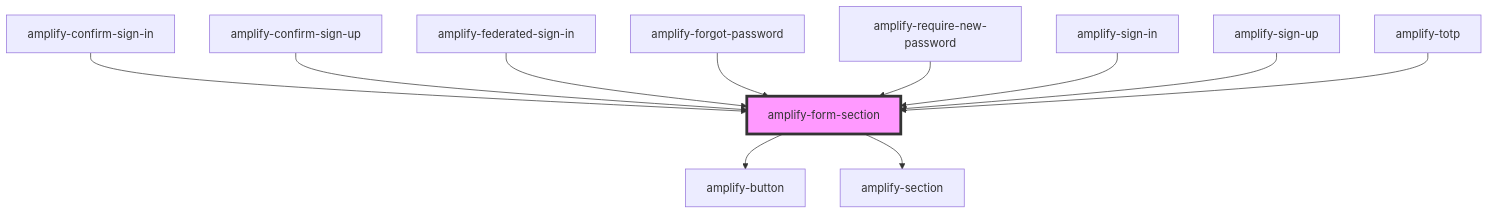
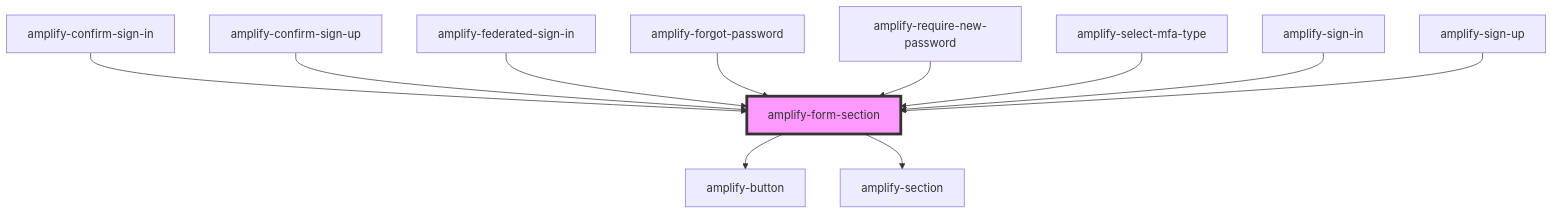
One commit to aws-amplify/amplify-js changed the diagram in packages/amplify-ui-components/src/components/amplify-form-section/readme.md. Above: the diagram before and after it, drawn with Mermaid. The commit also changed other lines of this file and 8 other files, not shown here.

````diff
--- a/packages/amplify-ui-components/src/components/amplify-form-section/readme.md
+++ b/packages/amplify-ui-components/src/components/amplify-form-section/readme.md
@@ -37,14 +37,14 @@
 ```mermaid
 graph TD;
   amplify-form-section --> amplify-button
   amplify-form-section --> amplify-section
   amplify-confirm-sign-in --> amplify-form-section
   amplify-confirm-sign-up --> amplify-form-section
   amplify-federated-sign-in --> amplify-form-section
   amplify-forgot-password --> amplify-form-section
   amplify-require-new-password --> amplify-form-section
+  amplify-select-mfa-type --> amplify-form-section
   amplify-sign-in --> amplify-form-section
   amplify-sign-up --> amplify-form-section
-  amplify-totp --> amplify-form-section
   style amplify-form-section fill:#f9f,stroke:#333,stroke-width:4px
 ```
````
